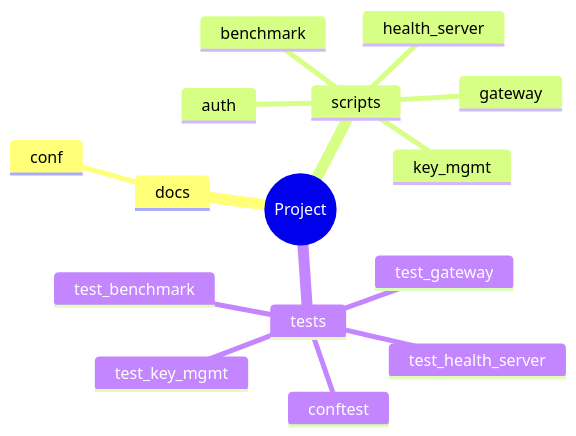
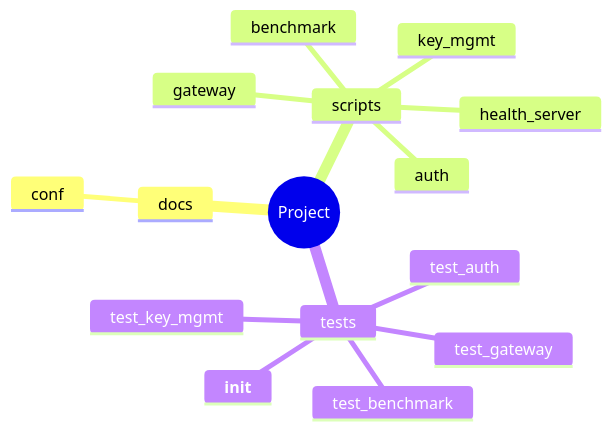
Before and after one commit to zepfu/llama-gguf-inference: the fifth of 8 diagrams in docs/auto/ARCHITECTURE_AUTO.md, drawn with Mermaid. The commit also changed other lines of this file and 2 other files, not shown here.

````diff
--- a/docs/auto/ARCHITECTURE_AUTO.md
+++ b/docs/auto/ARCHITECTURE_AUTO.md
@@ -169,18 +176,18 @@
 ```mermaid
 mindmap
   root((Project))
     docs
       conf
     scripts
+      benchmark
+      gateway
+      auth
       key_mgmt
-      gateway
       health_server
-      benchmark
-      auth
     tests
-      test_health_server
-      conftest
       test_gateway
+      test_auth
+      test_key_mgmt
+      __init__
       test_benchmark
-      test_key_mgmt
 ```
````
